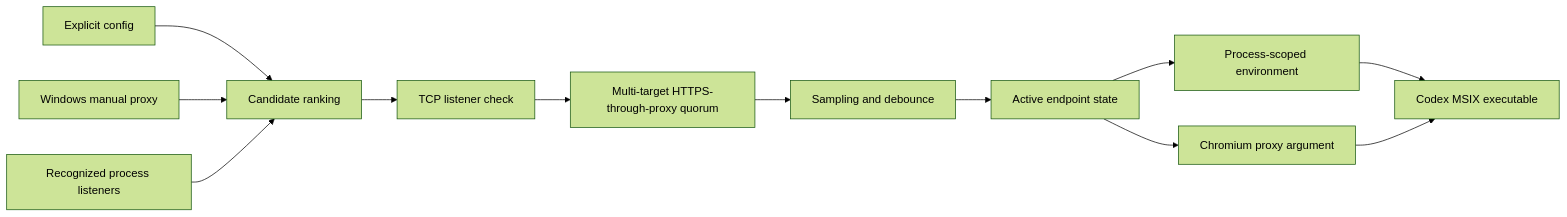
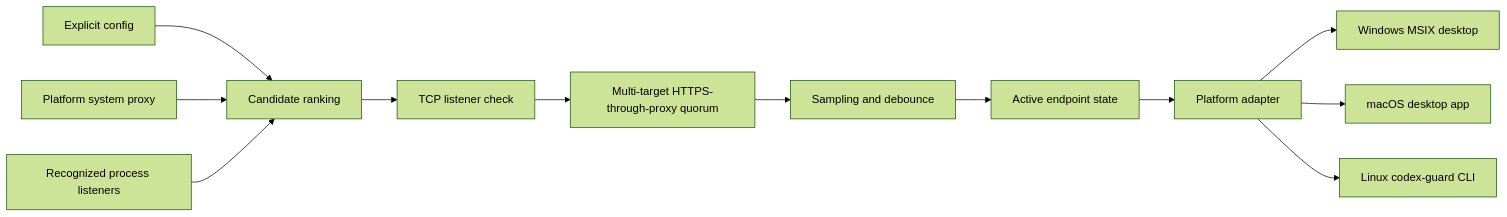
The first of 2 diagrams in docs/ARCHITECTURE.md (CH-ZHOU-0512/codex-proxy-guardian), drawn with Mermaid (forest theme) before and after one commit. The commit also changed other lines of this file and 46 other files, not shown here.

First line of the commit message:
Add native macOS and Linux guardian (#9)

````diff
--- a/docs/ARCHITECTURE.md
+++ b/docs/ARCHITECTURE.md
@@ -5,14 +5,14 @@
 ```mermaid
 flowchart LR
     A["Explicit config"] --> D["Candidate ranking"]
-    B["Windows manual proxy"] --> D
+    B["Platform system proxy"] --> D
     C["Recognized process listeners"] --> D
     D --> E["TCP listener check"]
     E --> F["Multi-target HTTPS-through-proxy quorum"]
     F --> G["Sampling and debounce"]
     G --> H["Active endpoint state"]
-    H --> I["Process-scoped environment"]
-    H --> J["Chromium proxy argument"]
-    I --> K["Codex MSIX executable"]
-    J --> K
+    H --> I["Platform adapter"]
+    I --> J["Windows MSIX desktop"]
+    I --> K["macOS desktop app"]
+    I --> L["Linux codex-guard CLI"]
 ```
````
